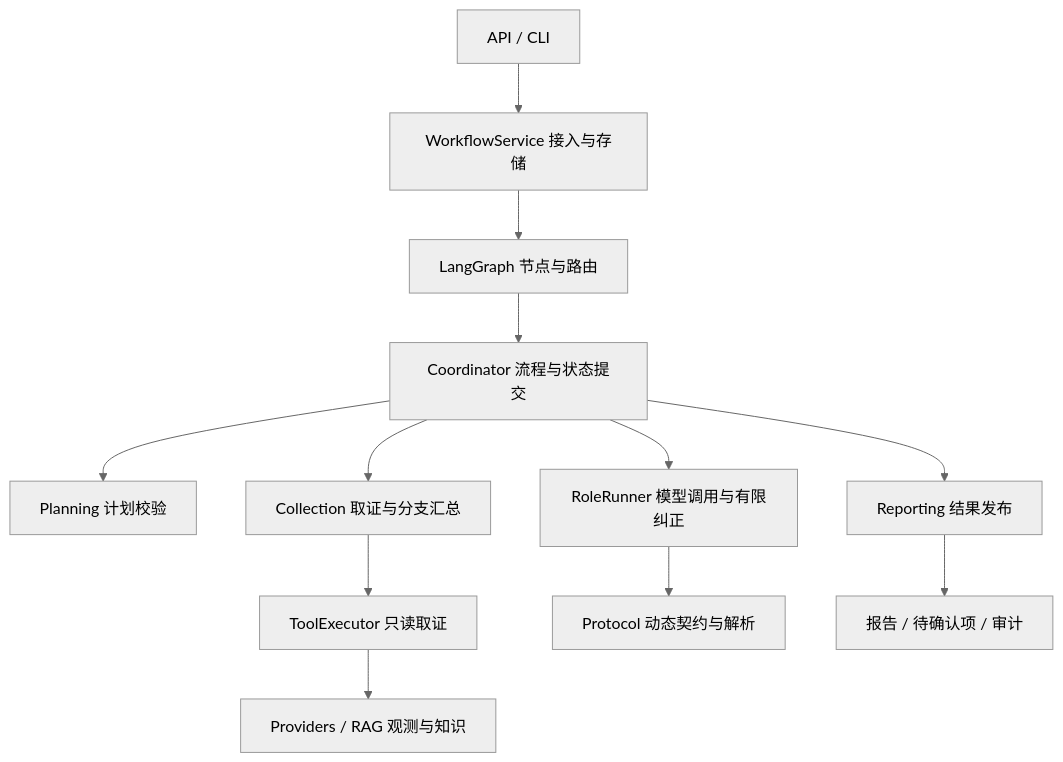
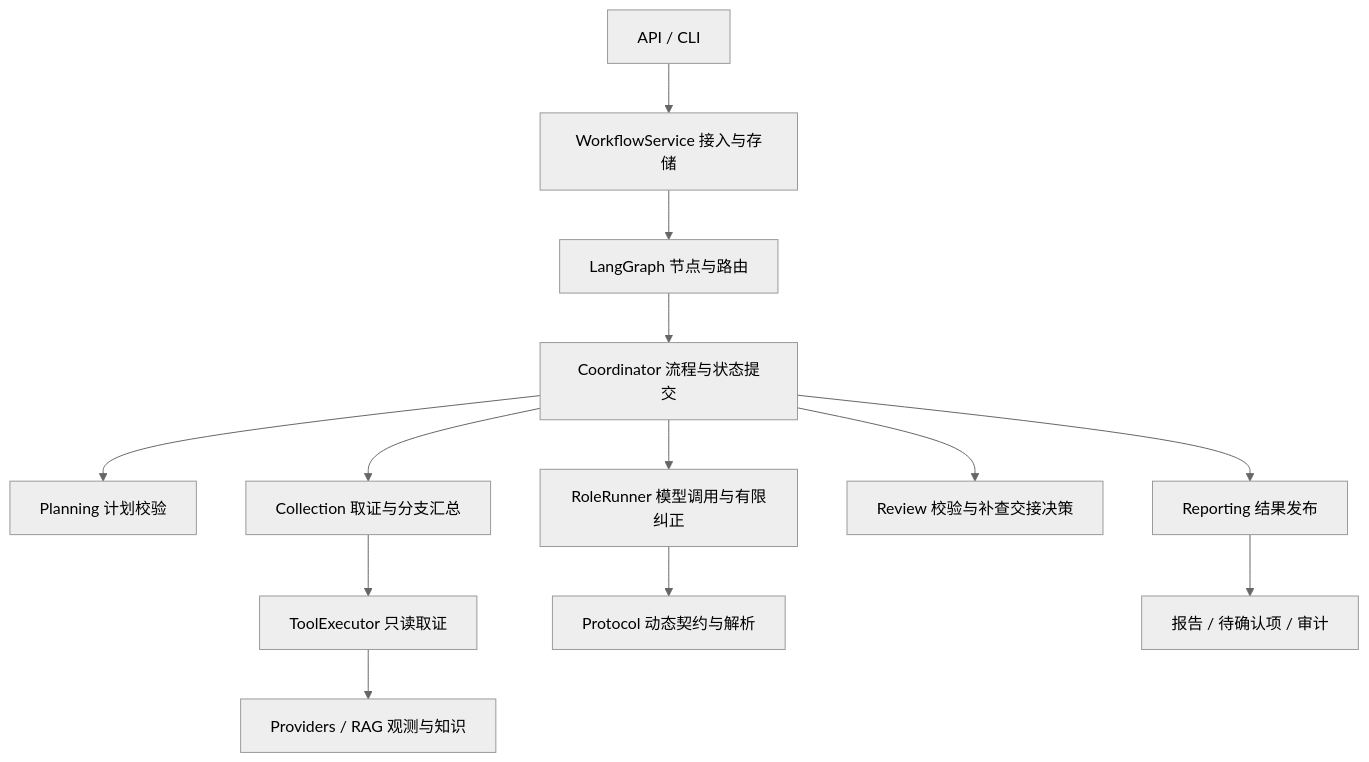
Before and after one commit to Heresy0/IT_Incident_Agent: the diagram in examples/showcase/architecture.md, drawn with Mermaid (neutral theme). The commit also changed other lines of this file and 4 other files, not shown here.

````diff
--- a/examples/showcase/architecture.md
+++ b/examples/showcase/architecture.md
@@ -7,14 +7,15 @@
 ```mermaid
 flowchart TD
     A[API / CLI] --> S[WorkflowService 接入与存储]
     S --> G[LangGraph 节点与路由]
     G --> C[Coordinator 流程与状态提交]
     C --> P[Planning 计划校验]
     C --> M[RoleRunner 模型调用与有限纠正]
     C --> L[Collection 取证与分支汇总]
     L --> T[ToolExecutor 只读取证]
+    C --> V[Review 校验与补查交接决策]
     C --> R[Reporting 结果发布]
     M --> K[Protocol 动态契约与解析]
     T --> D[Providers / RAG 观测与知识]
     R --> O[报告 / 待确认项 / 审计]
 ```
````
